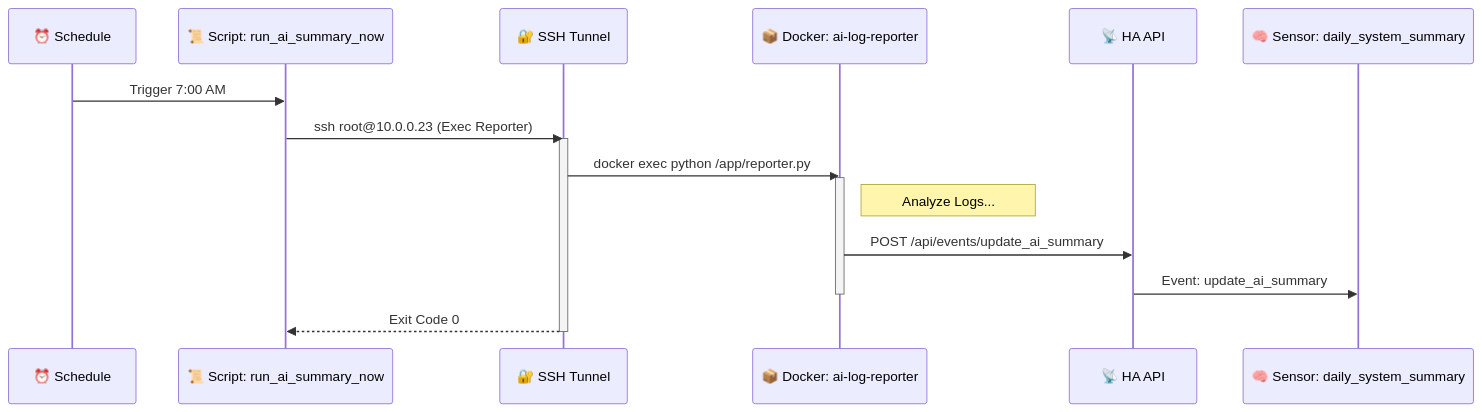
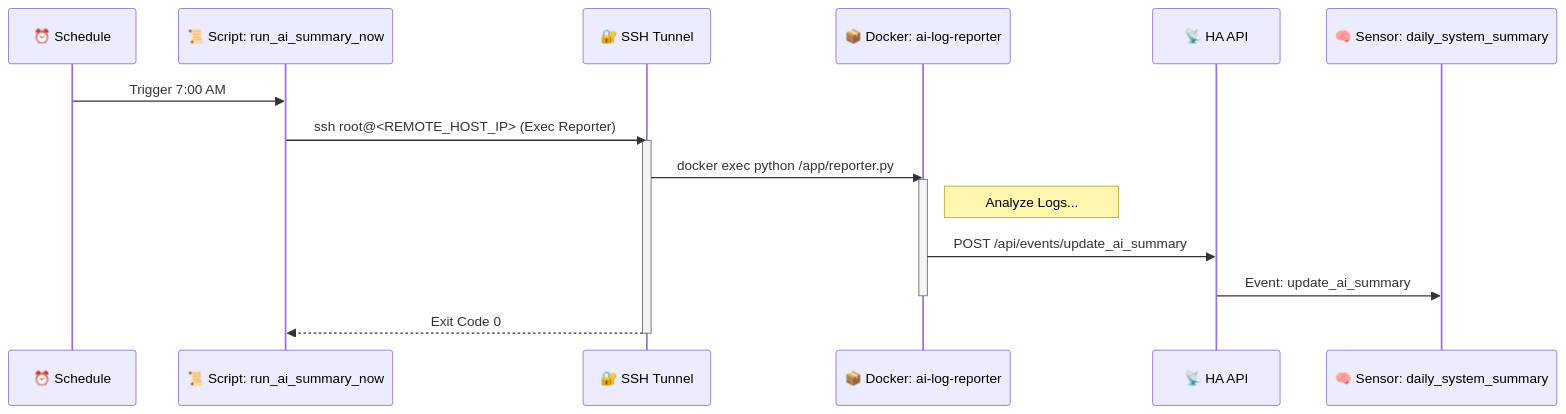
The diagram in docs/smart-home/packages/ai_summary.md (EvisHome/EvisHomeLab), drawn with Mermaid before and after one commit. The commit also changed other lines of this file and 1 other file, not shown here.

````diff
--- a/docs/smart-home/packages/ai_summary.md
+++ b/docs/smart-home/packages/ai_summary.md
@@ -42,21 +49,21 @@
 ```mermaid
 sequenceDiagram
     participant Sched as ⏰ Schedule
     participant Script as 📜 Script: run_ai_summary_now
     participant SSH as 🔐 SSH Tunnel
     participant Remote as 📦 Docker: ai-log-reporter
     participant API as 📡 HA API
     participant Sensor as 🧠 Sensor: daily_system_summary
 
     Sched->>Script: Trigger 7:00 AM
-    Script->>SSH: ssh root@10.0.0.23 (Exec Reporter)
+    Script->>SSH: ssh root@<REMOTE_HOST_IP> (Exec Reporter)
     activate SSH
     SSH->>Remote: docker exec python /app/reporter.py
     activate Remote
     Note right of Remote: Analyze Logs...
     Remote->>API: POST /api/events/update_ai_summary
     API->>Sensor: Event: update_ai_summary
     deactivate Remote
     SSH-->>Script: Exit Code 0
     deactivate SSH
 ```
````
